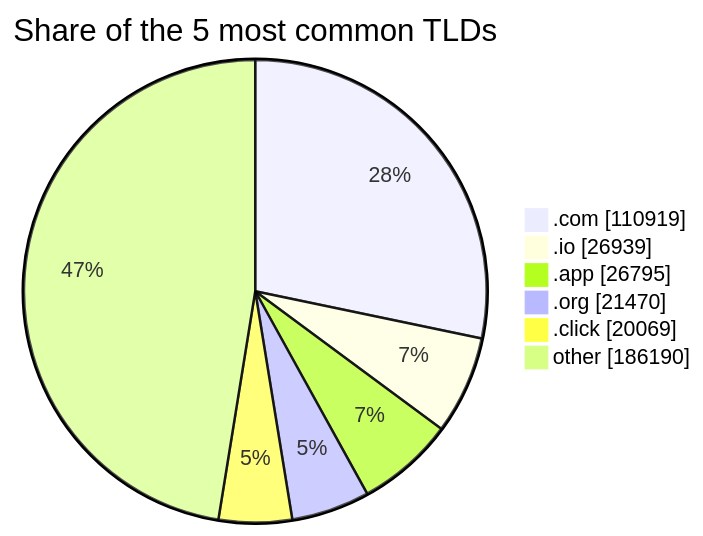
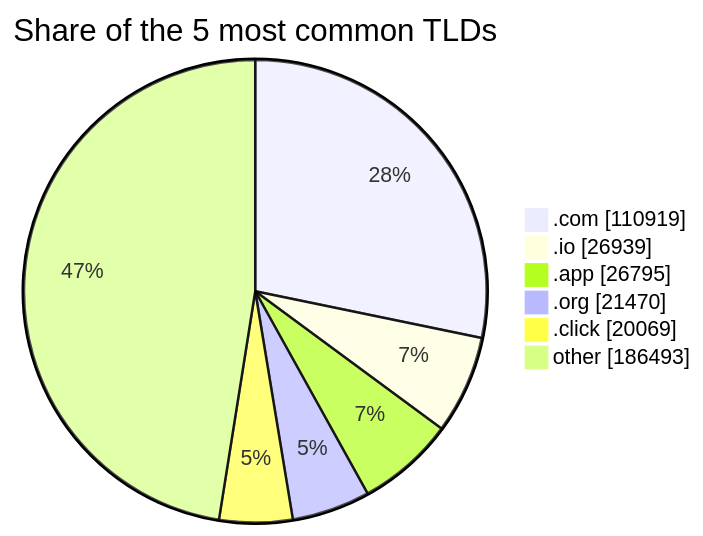
Before and after one commit to DNSBunker/CTI: the third of 3 diagrams in README.md, drawn with Mermaid. The commit also changed other lines of this file and 3 other files, not shown here.

````diff
--- a/README.md
+++ b/README.md
@@ -81,9 +81,9 @@
 ```mermaid
 pie showData title Share of the 5 most common TLDs
     ".com" : 110919
     ".io" : 26939
     ".app" : 26795
     ".org" : 21470
     ".click" : 20069
-    "other" : 186190
+    "other" : 186493
 ```
````
